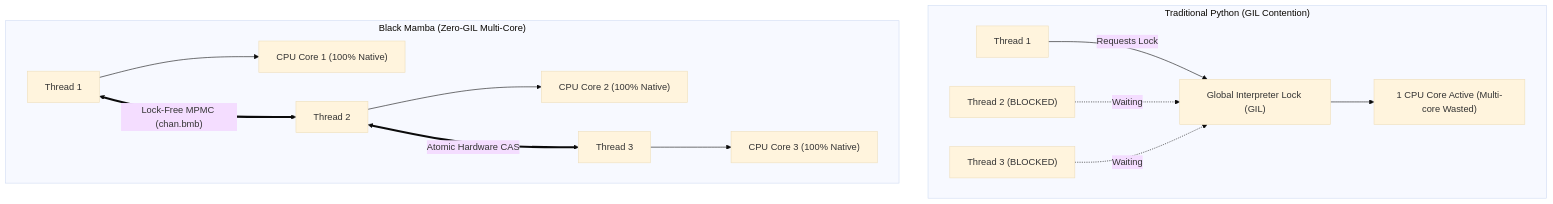
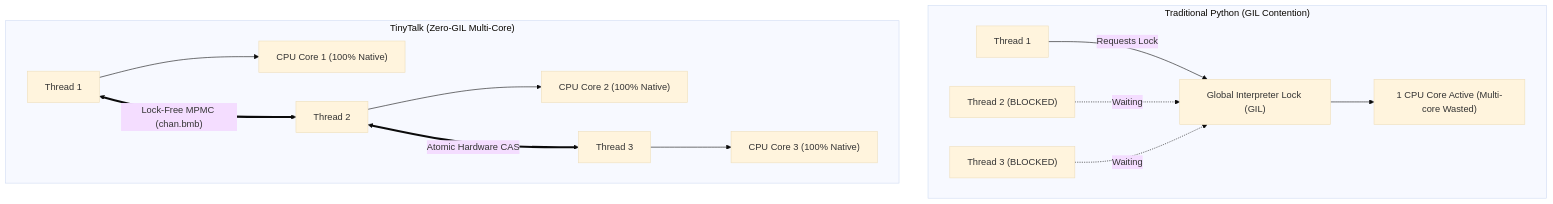
The second of 4 diagrams in README.md (kicode01/blackmamba-lang), drawn with Mermaid (base theme) before and after one commit. The commit also changed other lines of this file and 9 other files, not shown here.

Commit message:
style(brand): Redesign visual identity for TinyTalk (.tnt) - glowing Smalltalk message crystal, neon devtools aesthetic, and README redesign

````diff
--- a/README.md
+++ b/README.md
@@ -147,17 +172,17 @@
 ```mermaid
 flowchart TD
     subgraph CPython["Traditional Python (GIL Contention)"]
         T1["Thread 1"] -->|Requests Lock| GIL["Global Interpreter Lock (GIL)"]
         T2["Thread 2 (BLOCKED)"] -.->|Waiting| GIL
         T3["Thread 3 (BLOCKED)"] -.->|Waiting| GIL
         GIL --> CPU1["1 CPU Core Active (Multi-core Wasted)"]
     end
 
-    subgraph BlackMamba["Black Mamba (Zero-GIL Multi-Core)"]
+    subgraph TinyTalk["TinyTalk (Zero-GIL Multi-Core)"]
         M1["Thread 1"] --> Core1["CPU Core 1 (100% Native)"]
         M2["Thread 2"] --> Core2["CPU Core 2 (100% Native)"]
         M3["Thread 3"] --> Core3["CPU Core 3 (100% Native)"]
         M1 <==>|"Lock-Free MPMC (chan.bmb)"| M2
         M2 <==>|"Atomic Hardware CAS"| M3
     end
 ```
````
